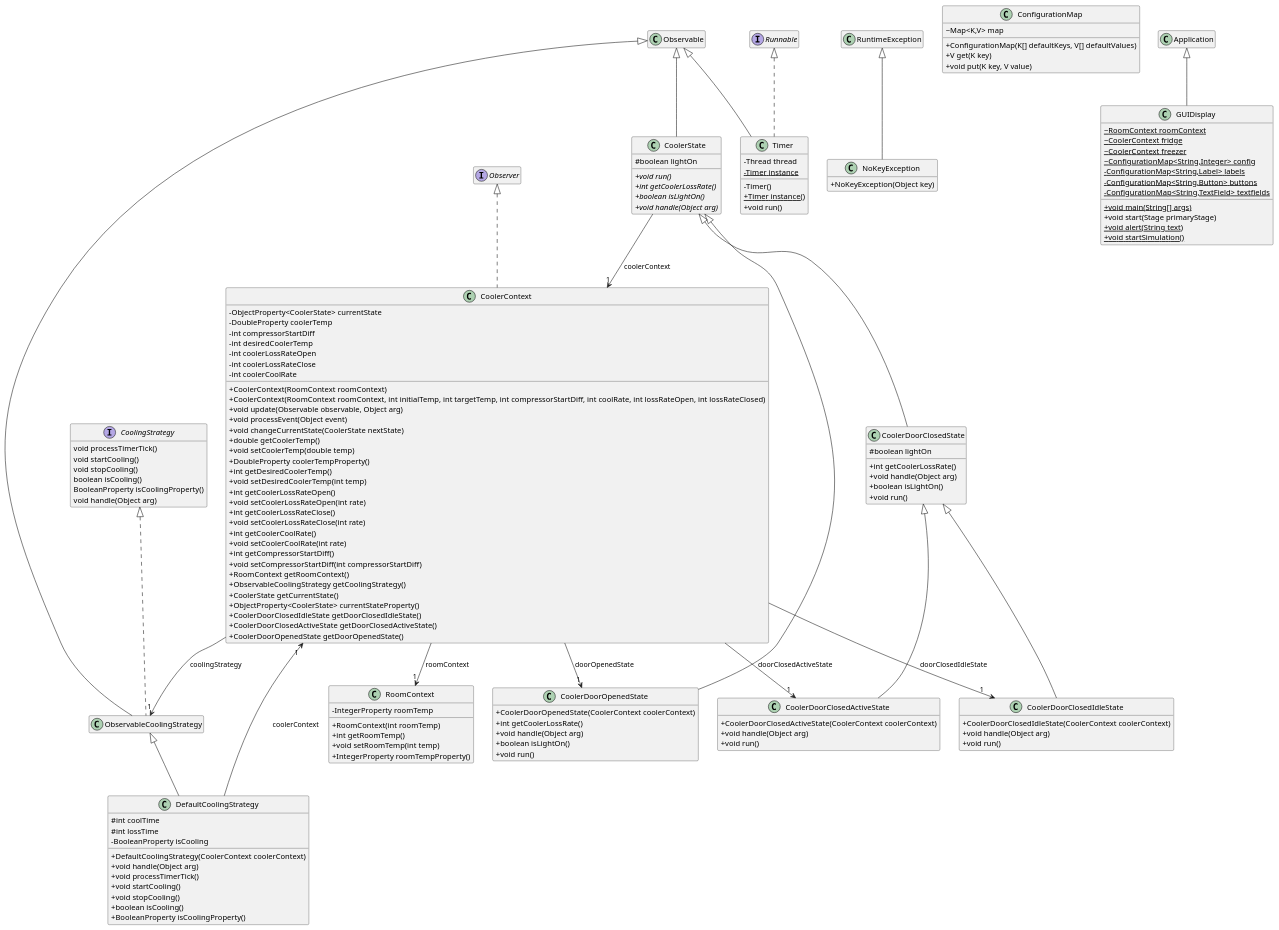
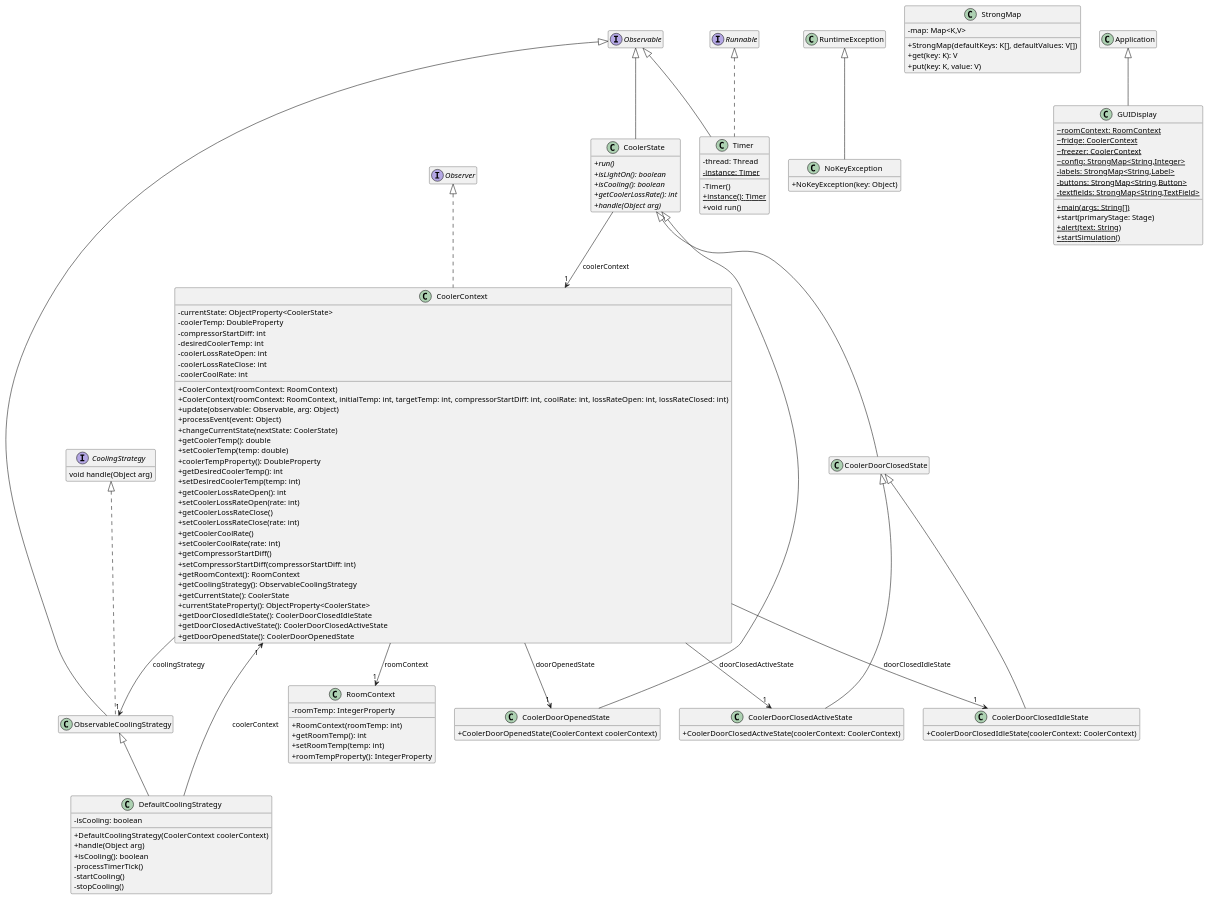
One commit to FreezeWarp/372Groupwork-Project2 changed the diagram in src/initial class diagram.pu. Above: the diagram before and after it, drawn with PlantUML. The commit also changed 3 other files, not shown here.

First line of the commit message:
Updated class diagram.

```diff
--- a/src/initial class diagram.pu
+++ b/src/initial class diagram.pu
@@ -3,30 +3,28 @@
 hide empty members
 
 abstract class CoolerState [[java:CoolerState]] {
-	#boolean lightOn
-	+{abstract}void run()
-	+{abstract}int getCoolerLossRate()
-	+{abstract}boolean isLightOn()
-	+{abstract}void handle(Object arg)
+	+{abstract}run()
+	+{abstract}isLightOn(): boolean
+	+{abstract}isCooling(): boolean
+	+{abstract}getCoolerLossRate(): int
+	+{abstract}handle(Object arg)
 }
 
 class CoolerContext [[java:CoolerContext]] {
 }
 
+interface Observable [[java:java.lang.Observable]] {
+}
+
 CoolerState --> "1" CoolerContext : coolerContext
-class Observable [[java:java.util.Observable]] {
-}
 
 Observable <|-- CoolerState
 class Timer [[java:Timer]] {
-	-Thread thread
-	-{static}Timer instance
+	-thread: Thread
+	-{static}instance: Timer
 	-Timer()
-	+{static}Timer instance()
+	+{static}instance(): Timer
 	+void run()
-}
-
-class Observable [[java:java.util.Observable]] {
 }
 
 Observable <|-- Timer
@@ -37,18 +35,13 @@
 abstract class ObservableCoolingStrategy [[java:ObservableCoolingStrategy]] {
 }
 
-class Observable [[java:java.util.Observable]] {
-}
-
 Observable <|-- ObservableCoolingStrategy
 interface CoolingStrategy [[java:CoolingStrategy]] {
 }
 
 CoolingStrategy <|.. ObservableCoolingStrategy
 class CoolerDoorClosedIdleState [[java:CoolerDoorClosedIdleState]] {
-	+CoolerDoorClosedIdleState(CoolerContext coolerContext)
-	+void handle(Object arg)
-	+void run()
+	+CoolerDoorClosedIdleState(coolerContext: CoolerContext)
 }
 
 class CoolerDoorClosedState [[java:CoolerDoorClosedState]] {
@@ -56,26 +49,21 @@
 
 CoolerDoorClosedState <|-- CoolerDoorClosedIdleState
 class NoKeyException [[java:NoKeyException]] {
-	+NoKeyException(Object key)
+	+NoKeyException(key: Object)
 }
 
 class RuntimeException [[java:java.lang.RuntimeException]] {
 }
 
 RuntimeException <|-- NoKeyException
-class ConfigurationMap [[java:ConfigurationMap]] {
-	~Map<K,V> map
-	+ConfigurationMap(K[] defaultKeys, V[] defaultValues)
-	+V get(K key)
-	+void put(K key, V value)
+class StrongMap [[java:StrongMap]] {
+	-map: Map<K,V>
+	+StrongMap(defaultKeys: K[], defaultValues: V[])
+	+get(key: K): V
+	+put(key: K, value: V)
 }
 
 class CoolerDoorClosedState [[java:CoolerDoorClosedState]] {
-	#boolean lightOn
-	+int getCoolerLossRate()
-	+void handle(Object arg)
-	+boolean isLightOn()
-	+void run()
 }
 
 class CoolerState [[java:CoolerState]] {
@@ -83,17 +71,17 @@
 
 CoolerState <|-- CoolerDoorClosedState
 class GUIDisplay [[java:GUIDisplay]] {
-	~{static}RoomContext roomContext
-	~{static}CoolerContext fridge
-	~{static}CoolerContext freezer
-	~{static}ConfigurationMap<String,Integer> config
-	-{static}ConfigurationMap<String,Label> labels
-	-{static}ConfigurationMap<String,Button> buttons
-	-{static}ConfigurationMap<String,TextField> textfields
-	+{static}void main(String[] args)
-	+void start(Stage primaryStage)
-	+{static}void alert(String text)
-	+{static}void startSimulation()
+	~{static}roomContext: RoomContext
+	~{static}fridge: CoolerContext
+	~{static}freezer: CoolerContext
+	~{static}config: StrongMap<String,Integer>
+	-{static}labels: StrongMap<String,Label>
+	-{static}buttons: StrongMap<String,Button>
+	-{static}textfields: StrongMap<String,TextField>
+	+{static}main(args: String[])
+	+start(primaryStage: Stage)
+	+{static}alert(text: String)
+	+{static}startSimulation()
 }
 
 class Application [[java:com.sun.glass.ui.Application]] {
@@ -101,38 +89,38 @@
 
 Application <|-- GUIDisplay
 class CoolerContext [[java:CoolerContext]] {
-	-ObjectProperty<CoolerState> currentState
-	-DoubleProperty coolerTemp
-	-int compressorStartDiff
-	-int desiredCoolerTemp
-	-int coolerLossRateOpen
-	-int coolerLossRateClose
-	-int coolerCoolRate
-	+CoolerContext(RoomContext roomContext)
-	+CoolerContext(RoomContext roomContext, int initialTemp, int targetTemp, int compressorStartDiff, int coolRate, int lossRateOpen, int lossRateClosed)
-	+void update(Observable observable, Object arg)
-	+void processEvent(Object event)
-	+void changeCurrentState(CoolerState nextState)
-	+double getCoolerTemp()
-	+void setCoolerTemp(double temp)
-	+DoubleProperty coolerTempProperty()
-	+int getDesiredCoolerTemp()
-	+void setDesiredCoolerTemp(int temp)
-	+int getCoolerLossRateOpen()
-	+void setCoolerLossRateOpen(int rate)
-	+int getCoolerLossRateClose()
-	+void setCoolerLossRateClose(int rate)
-	+int getCoolerCoolRate()
-	+void setCoolerCoolRate(int rate)
-	+int getCompressorStartDiff()
-	+void setCompressorStartDiff(int compressorStartDiff)
-	+RoomContext getRoomContext()
-	+ObservableCoolingStrategy getCoolingStrategy()
-	+CoolerState getCurrentState()
-	+ObjectProperty<CoolerState> currentStateProperty()
-	+CoolerDoorClosedIdleState getDoorClosedIdleState()
-	+CoolerDoorClosedActiveState getDoorClosedActiveState()
-	+CoolerDoorOpenedState getDoorOpenedState()
+	-currentState: ObjectProperty<CoolerState>
+	-coolerTemp: DoubleProperty
+	-compressorStartDiff: int
+	-desiredCoolerTemp: int
+	-coolerLossRateOpen: int
+	-coolerLossRateClose: int
+	-coolerCoolRate: int
+	+CoolerContext(roomContext: RoomContext)
+	+CoolerContext(roomContext: RoomContext, initialTemp: int, targetTemp: int, compressorStartDiff: int, coolRate: int, lossRateOpen: int, lossRateClosed: int)
+	+update(observable: Observable, arg: Object)
+	+processEvent(event: Object)
+	+changeCurrentState(nextState: CoolerState)
+	+getCoolerTemp(): double
+	+setCoolerTemp(temp: double)
+	+coolerTempProperty(): DoubleProperty
+	+getDesiredCoolerTemp(): int
+	+setDesiredCoolerTemp(temp: int)
+	+getCoolerLossRateOpen(): int
+	+setCoolerLossRateOpen(rate: int)
+	+getCoolerLossRateClose()
+	+setCoolerLossRateClose(rate: int)
+	+getCoolerCoolRate()
+	+setCoolerCoolRate(rate: int)
+	+getCompressorStartDiff()
+	+setCompressorStartDiff(compressorStartDiff: int)
+	+getRoomContext(): RoomContext
+	+getCoolingStrategy(): ObservableCoolingStrategy
+	+getCurrentState(): CoolerState
+	+currentStateProperty(): ObjectProperty<CoolerState>
+	+getDoorClosedIdleState(): CoolerDoorClosedIdleState
+	+getDoorClosedActiveState(): CoolerDoorClosedActiveState
+	+getDoorOpenedState(): CoolerDoorOpenedState
 }
 
 class RoomContext [[java:RoomContext]] {
@@ -160,18 +148,11 @@
 
 Observer <|.. CoolerContext
 interface CoolingStrategy [[java:CoolingStrategy]] {
-	void processTimerTick()
-	void startCooling()
-	void stopCooling()
-	boolean isCooling()
-	BooleanProperty isCoolingProperty()
 	void handle(Object arg)
 }
 
 class CoolerDoorClosedActiveState [[java:CoolerDoorClosedActiveState]] {
-	+CoolerDoorClosedActiveState(CoolerContext coolerContext)
-	+void handle(Object arg)
-	+void run()
+	+CoolerDoorClosedActiveState(coolerContext: CoolerContext)
 }
 
 class CoolerDoorClosedState [[java:CoolerDoorClosedState]] {
@@ -179,19 +160,15 @@
 
 CoolerDoorClosedState <|-- CoolerDoorClosedActiveState
 class RoomContext [[java:RoomContext]] {
-	-IntegerProperty roomTemp
-	+RoomContext(int roomTemp)
-	+int getRoomTemp()
-	+void setRoomTemp(int temp)
-	+IntegerProperty roomTempProperty()
+	-roomTemp: IntegerProperty
+	+RoomContext(roomTemp: int)
+	+getRoomTemp(): int
+	+setRoomTemp(temp: int)
+	+roomTempProperty(): IntegerProperty
 }
 
 class CoolerDoorOpenedState [[java:CoolerDoorOpenedState]] {
 	+CoolerDoorOpenedState(CoolerContext coolerContext)
-	+int getCoolerLossRate()
-	+void handle(Object arg)
-	+boolean isLightOn()
-	+void run()
 }
 
 class CoolerState [[java:CoolerState]] {
@@ -199,19 +176,13 @@
 
 CoolerState <|-- CoolerDoorOpenedState
 class DefaultCoolingStrategy [[java:DefaultCoolingStrategy]] {
-	#int coolTime
-	#int lossTime
-	-BooleanProperty isCooling
+	-isCooling: boolean
 	+DefaultCoolingStrategy(CoolerContext coolerContext)
-	+void handle(Object arg)
-	+void processTimerTick()
-	+void startCooling()
-	+void stopCooling()
-	+boolean isCooling()
-	+BooleanProperty isCoolingProperty()
-}
-
-class CoolerContext [[java:CoolerContext]] {
+	+handle(Object arg)
+	+isCooling(): boolean
+	-processTimerTick()
+	-startCooling()
+	-stopCooling()
 }
 
 DefaultCoolingStrategy --> "1" CoolerContext : coolerContext
```
